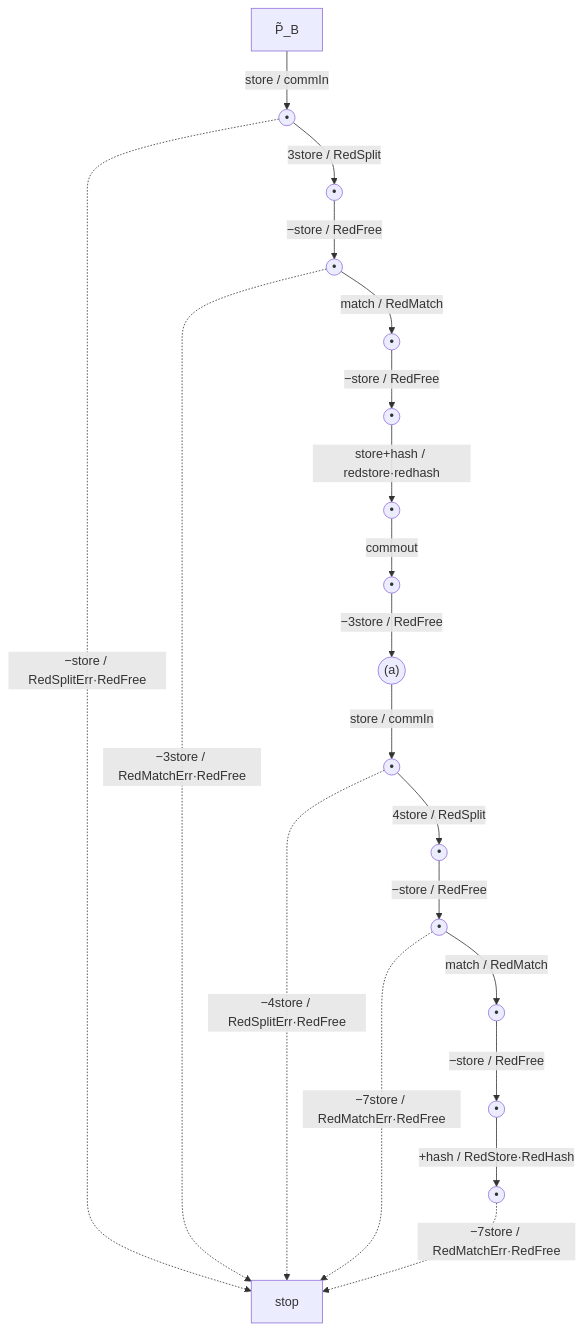
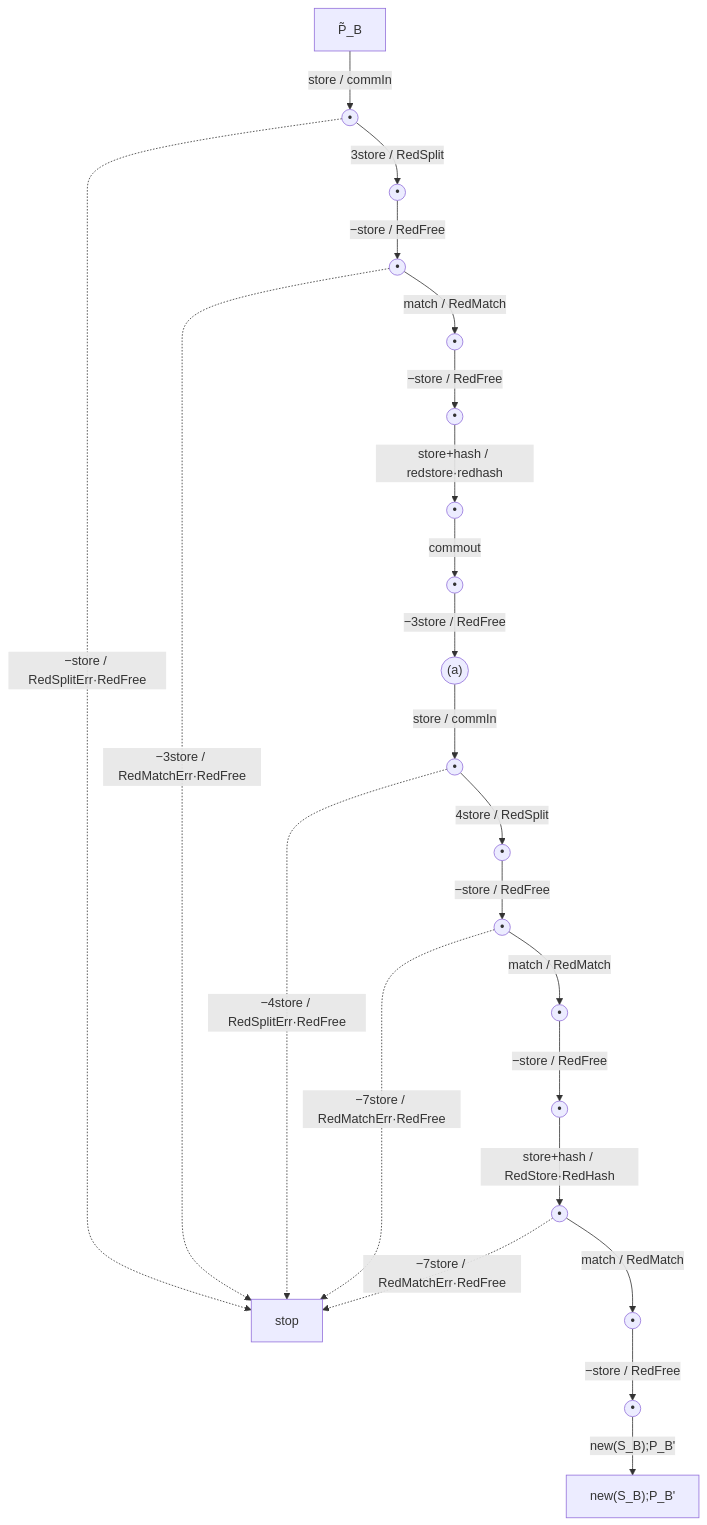
One commit to nisizaki/spice-md changed the third of 3 diagrams in md/spice-jssst.md. Above: the diagram before and after it, drawn with Mermaid. The commit also changed other lines of this file, not shown here.

````diff
--- a/md/spice-jssst.md
+++ b/md/spice-jssst.md
@@ -1520,22 +1520,25 @@
 ```mermaid
 flowchart TD
     P["P̃_B"] -->|"store / commIn"| n1((•))
     n1 -.->|"−store / RedSplitErr·RedFree"| STOP["stop"]
     n1 -->|"3store / RedSplit"| n2((•))
     n2 -->|"−store / RedFree"| n3((•))
     n3 -.->|"−3store / RedMatchErr·RedFree"| STOP
     n3 -->|"match / RedMatch"| n4((•))
     n4 -->|"−store / RedFree"| n5((•))
     n5 -->|"store+hash / redstore·redhash"| n6((•))
     n6 -->|"commout"| n7((•))
     n7 -->|"−3store / RedFree"| A(("(a)"))
     A -->|"store / commIn"| m1((•))
     m1 -.->|"−4store / RedSplitErr·RedFree"| STOP
     m1 -->|"4store / RedSplit"| m2((•))
     m2 -->|"−store / RedFree"| m3((•))
     m3 -.->|"−7store / RedMatchErr·RedFree"| STOP
     m3 -->|"match / RedMatch"| m4((•))
     m4 -->|"−store / RedFree"| m5((•))
-    m5 -->|"+hash / RedStore·RedHash"| m6((•))
+    m5 -->|"store+hash / RedStore·RedHash"| m6((•))
     m6 -.->|"−7store / RedMatchErr·RedFree"| STOP
+    m6 -->|"match / RedMatch"| m7((•))
+    m7 -->|"−store / RedFree"| m8((•))
+    m8 -->|"new(S_B);P_B'"| DONE["new(S_B);P_B'"]
 ```
````
